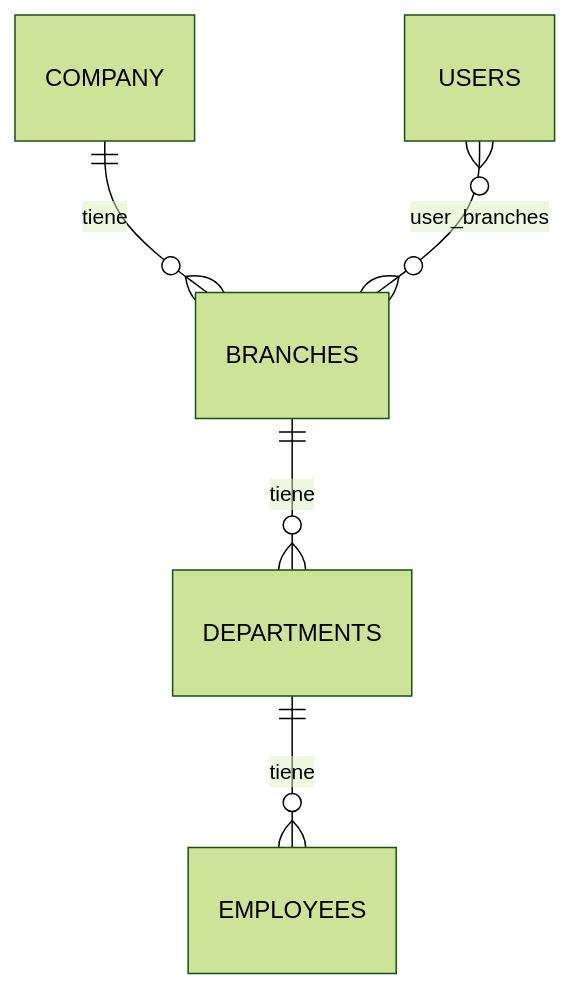
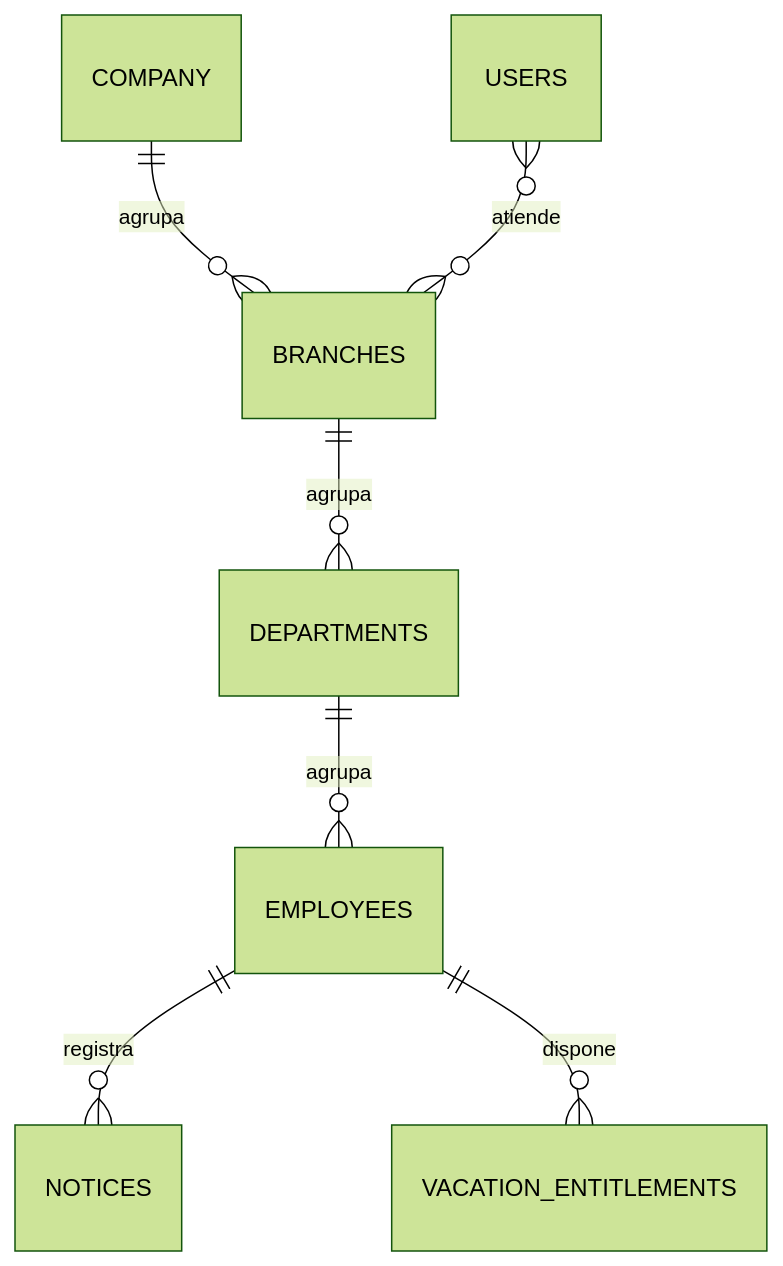
The second of 2 diagrams in docs/ARCHITECTURE.md (luiscardozo161002/vacations-system), drawn with Mermaid (forest theme) before and after one commit. The commit also changed other lines of this file and 34 other files, not shown here.

````diff
--- a/docs/ARCHITECTURE.md
+++ b/docs/ARCHITECTURE.md
@@ -83,7 +83,9 @@
 ```mermaid
 erDiagram
-  COMPANY ||--o{ BRANCHES : tiene
-  BRANCHES ||--o{ DEPARTMENTS : tiene
-  DEPARTMENTS ||--o{ EMPLOYEES : tiene
-  USERS }o--o{ BRANCHES : user_branches
+  COMPANY ||--o{ BRANCHES : agrupa
+  BRANCHES ||--o{ DEPARTMENTS : agrupa
+  DEPARTMENTS ||--o{ EMPLOYEES : agrupa
+  EMPLOYEES ||--o{ NOTICES : registra
+  EMPLOYEES ||--o{ VACATION_ENTITLEMENTS : dispone
+  USERS }o--o{ BRANCHES : atiende
 ```
````
